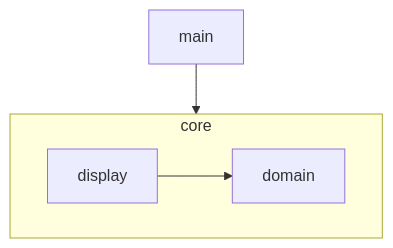
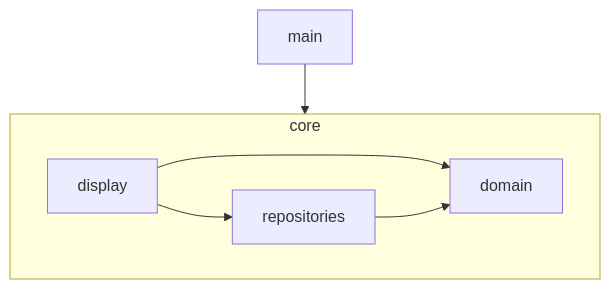
Before and after one commit to joaomelo/calystone: the first of 2 diagrams in DEVELOPMENT.md, drawn with Mermaid. The commit also changed other lines of this file and 15 other files, not shown here.

````diff
--- a/DEVELOPMENT.md
+++ b/DEVELOPMENT.md
@@ -7,11 +7,14 @@
 ```mermaid
 graph TD
   main
   subgraph core
     direction LR
     domain
     display
+    repositories
   end
   main --> core
   display --> domain
+  display --> repositories
+  repositories --> domain
 ```
````
